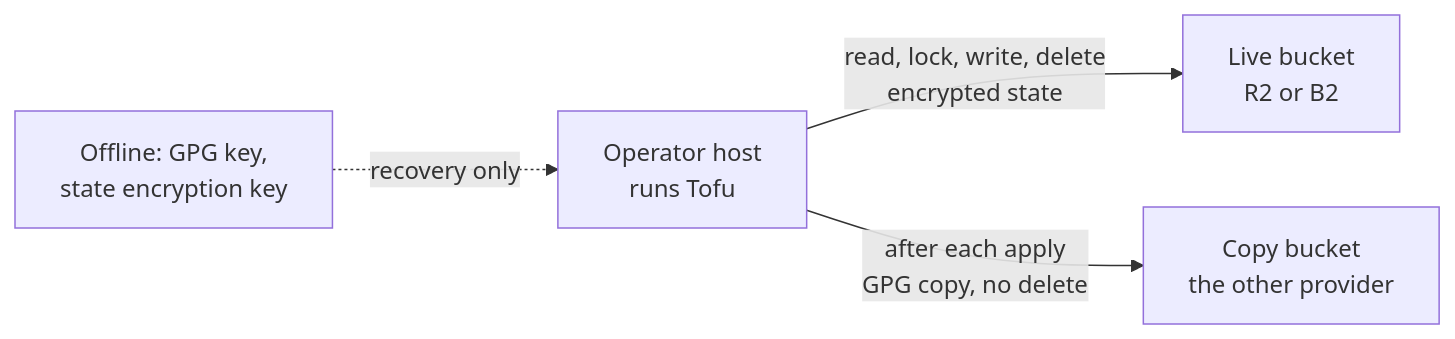
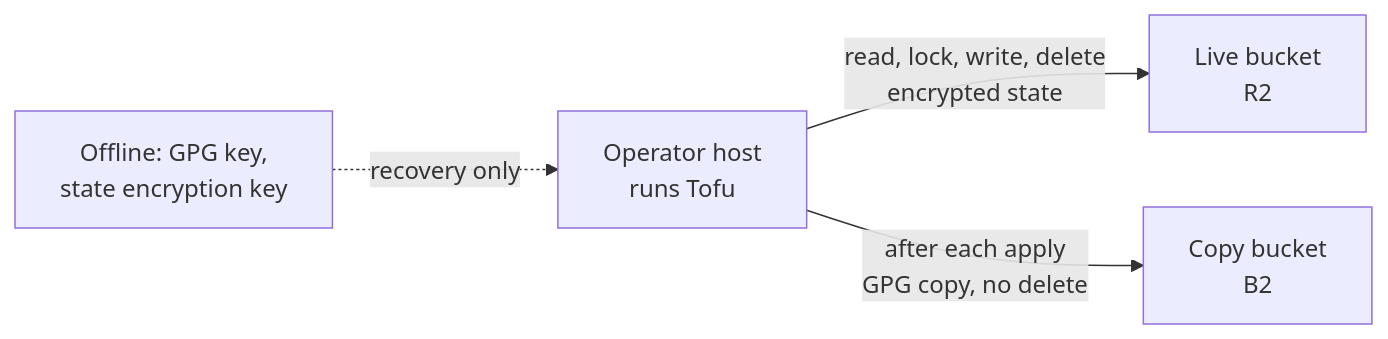
One commit to wenenhoe/homelab changed the diagram in docs/decisions/0103-where-tofus-state-is-held/revision-000.md. Above: the diagram before and after it, drawn with Mermaid. The commit also changed other lines of this file and 3 other files, not shown here.

````diff
--- a/docs/decisions/0103-where-tofus-state-is-held/revision-000.md
+++ b/docs/decisions/0103-where-tofus-state-is-held/revision-000.md
@@ -82,6 +86,6 @@
 ```mermaid
 flowchart LR
-    OP["Operator host<br/>runs Tofu"] -->|"read, lock, write, delete<br/>encrypted state"| LIVE["Live bucket<br/>R2 or B2"]
-    OP -->|"after each apply<br/>GPG copy, no delete"| COPY["Copy bucket<br/>the other provider"]
+    OP["Operator host<br/>runs Tofu"] -->|"read, lock, write, delete<br/>encrypted state"| LIVE["Live bucket<br/>R2"]
+    OP -->|"after each apply<br/>GPG copy, no delete"| COPY["Copy bucket<br/>B2"]
     KEY["Offline: GPG key,<br/>state encryption key"] -.->|"recovery only"| OP
 ```
````
